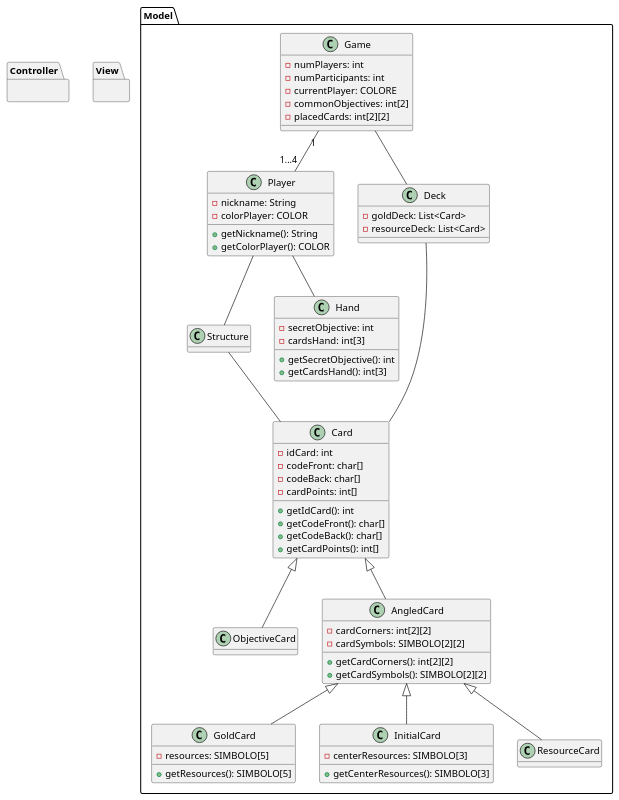
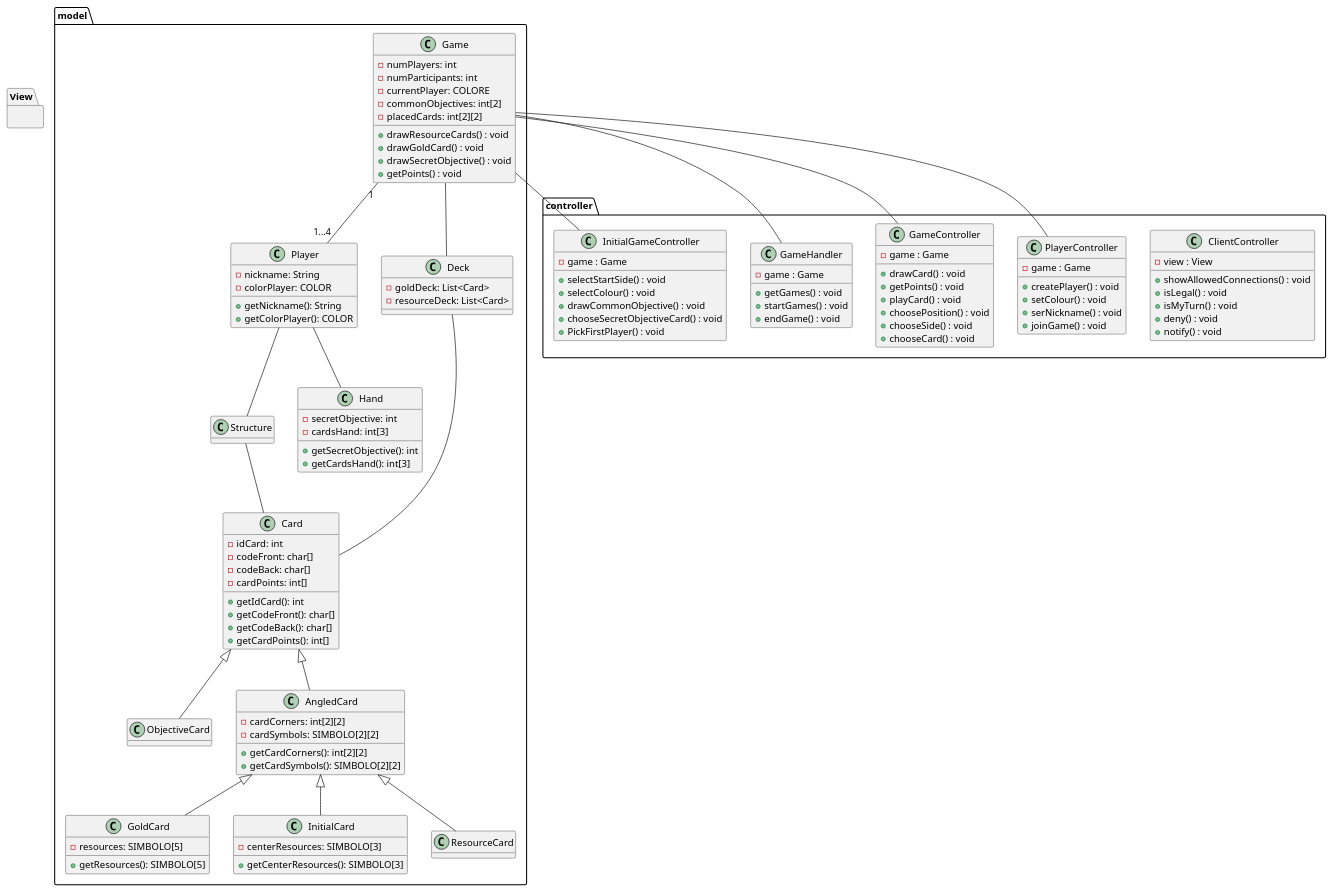
Before and after one commit to LucaPozzato/ing-sw-2024-pozzato-puccia-romano-saso: the diagram in UML/uml.pu, drawn with PlantUML.

Commit message:
uml try2

```diff
--- a/UML/uml.pu
+++ b/UML/uml.pu
@@ -1,110 +1,171 @@
 @startuml uml
 
 hide empty fields
 
 'TODO: '
 '1. Enumerazione simboli e colori '
 '2. frecce di composizione per struttura - carte '
 '3. metodi Game '
 '4. tutto controller '
 '5. come inserire, cosa inserire per la view '
 '6. inserire network? '
 
-package Model {
+package model {
+
     class Game {
         - numPlayers: int
         - numParticipants: int
         '- ?StadioGioco
         - currentPlayer: COLORE
         '?Board con dizionario colore punteggio
         'check sull'istanza array
         - commonObjectives: int[2]
         - placedCards: int[2][2]
+
+        'Initial'
+        + drawResourceCards() : void
+        + drawGoldCard() : void
+        + drawSecretObjective() : void
+        'General'
+        + getPoints() : void
+
     }
 
     class Player {
         - nickname: String
         - colorPlayer: COLOR
 
         + getNickname(): String
         + getColorPlayer(): COLOR
     }
 
 
     class Card {
         'colore lo codifichiam nell'id? o lo salviamo in una var?
         - idCard: int
         - codeFront: char[]
         - codeBack: char[]
         - cardPoints: int[]
 
         + getIdCard(): int
         + getCodeFront(): char[]
         + getCodeBack(): char[]
         + getCardPoints(): int[]
     }
 
     class ObjectiveCard extends Card {
         'tipo dell'obiettivo con enum? o codificato?'
         'non chiarissimo come caratterizzare l'obiettivo'
     }
 
     class AngledCard extends Card {
         - cardCorners: int[2][2]
         'decidere valore di default per corner non presente, corner presente non collegato, Id/puntatore carrta'
         - cardSymbols: SIMBOLO[2][2]
 
         + getCardCorners(): int[2][2]
         + getCardSymbols(): SIMBOLO[2][2]
     }
 
     class GoldCard extends AngledCard {
         - resources: SIMBOLO[5]
         'tipo ^ da capire'
         'caratterizzare tipo obiettivo'
 
         + getResources(): SIMBOLO[5]
     }
 
     class InitialCard extends AngledCard {
         - centerResources: SIMBOLO[3]
         'tipo da capire'
 
         + getCenterResources(): SIMBOLO[3]
     }
 
     class ResourceCard extends AngledCard {}
 
     class Structure {}
 
     class Deck {
         'check sul tipo dinamico statico'
         - goldDeck: List<Card>
         - resourceDeck: List<Card>
     }
 
     class Hand {
         - secretObjective: int
         - cardsHand: int[3]
 
         + getSecretObjective(): int
         + getCardsHand(): int[3]
     }
 }
 
+package controller {
+
+    class ClientController {
+        - view : View
+        + showAllowedConnections() : void
+        + isLegal() : void
+        + isMyTurn() : void
+        + deny() : void
+        + notify() : void
+    }
+
+    class PlayerController {
+        - game : Game
+        + createPlayer() : void
+        + setColour() : void
+        + serNickname() : void
+        + joinGame() : void
+    }
+
+    class GameController {
+        - game : Game
+        + drawCard() : void
+        + getPoints() : void
+        + playCard() : void
+        + choosePosition() : void
+        + chooseSide() : void
+        + chooseCard() : void
+    }
+
+    class GameHandler {
+        - game : Game
+        + getGames() : void
+        + startGames() : void
+        + endGame() : void
+    }
+
+    class InitialGameController {
+        - game : Game
+        + selectStartSide() : void
+        + selectColour() : void
+        + drawCommonObjective() : void
+        + chooseSecretObjectiveCard() : void
+        + PickFirstPlayer() : void
+    }
+}
+
+
+package View {
+
+
+}
+
+
+
+Game -- InitialGameController
+Game -- GameController
+Game -- GameHandler
+Game -- PlayerController
 Game "1" -- "1...4" Player
 Game -- Deck
 Deck -- Card
 Player -- Structure
 Player -- Hand
 Structure -- Card
 
-package Controller {
 
-}
-
-package View {
-    
-}
 
 @enduml
```
